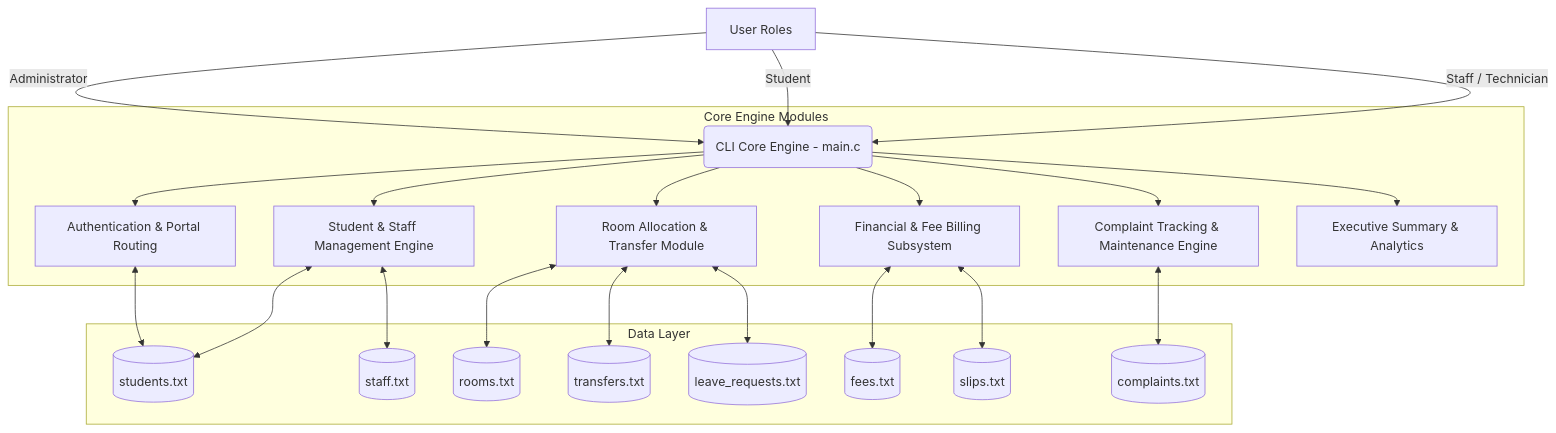
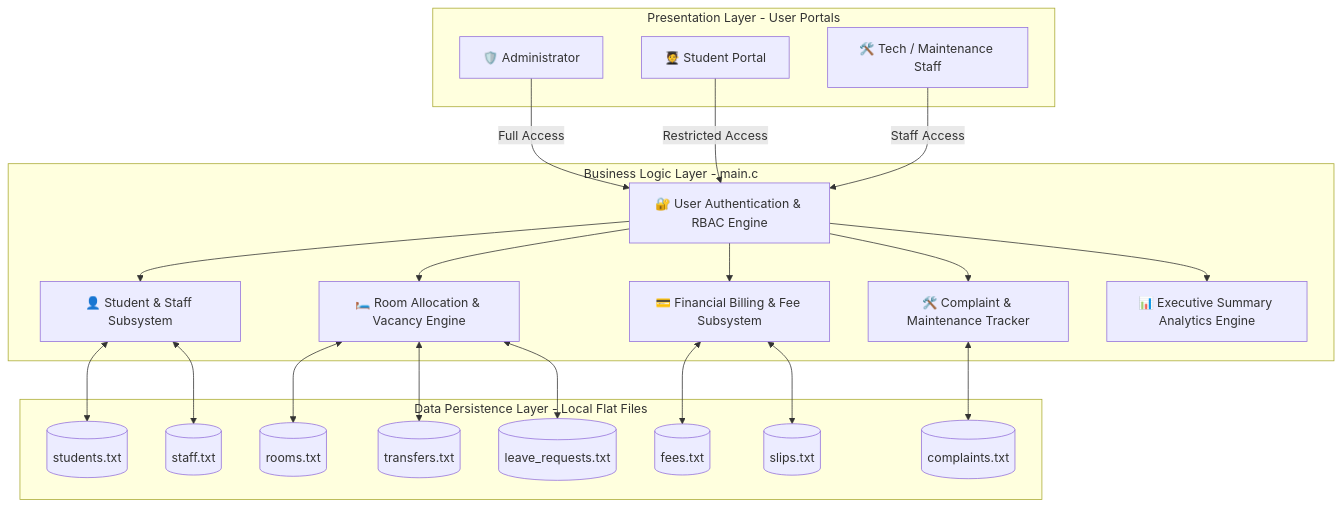
Before and after one commit to Null-Spectra/Capstone_Project_4th_Semester: the first of 2 diagrams in README.md, drawn with Mermaid. The commit also changed other lines of this file, not shown here.

````diff
--- a/README.md
+++ b/README.md
@@ -38,27 +59,39 @@
 ```mermaid
 graph TD
-    A[User Roles] -->|Administrator| B(CLI Core Engine - main.c)
-    A -->|Student| B
-    A -->|Staff / Technician| B
-
-    subgraph Core Engine Modules
-        B --> C[Authentication & Portal Routing]
-        B --> D[Student & Staff Management Engine]
-        B --> E[Room Allocation & Transfer Module]
-        B --> F[Financial & Fee Billing Subsystem]
-        B --> G[Complaint Tracking & Maintenance Engine]
-        B --> H[Executive Summary & Analytics]
+    subgraph Presentation Layer - User Portals
+        U1[🛡️ Administrator]
+        U2[🧑‍🎓 Student Portal]
+        U3[🛠️ Tech / Maintenance Staff]
     end
 
-    subgraph Data Layer
-        C <--> I[(students.txt)]
-        D <--> I
-        E <--> J[(rooms.txt)]
-        E <--> K[(transfers.txt)]
-        F <--> L[(fees.txt)]
-        F <--> M[(slips.txt)]
-        G <--> N[(complaints.txt)]
-        E <--> O[(leave_requests.txt)]
-        D <--> P[(staff.txt)]
+    subgraph Business Logic Layer - main.c
+        AUTH[🔐 User Authentication & RBAC Engine]
+        STUD[👤 Student & Staff Subsystem]
+        ROOM[🛏️ Room Allocation & Vacancy Engine]
+        FEE[💳 Financial Billing & Fee Subsystem]
+        COMP[🛠️ Complaint & Maintenance Tracker]
+        RPT[📊 Executive Summary Analytics Engine]
     end
+
+    subgraph Data Persistence Layer - Local Flat Files
+        DB1[(students.txt)]
+        DB2[(rooms.txt)]
+        DB3[(fees.txt)]
+        DB4[(complaints.txt)]
+        DB5[(transfers.txt)]
+        DB6[(slips.txt)]
+        DB7[(leave_requests.txt)]
+        DB8[(staff.txt)]
+    end
+
+    U1 -->|Full Access| AUTH
+    U2 -->|Restricted Access| AUTH
+    U3 -->|Staff Access| AUTH
+
+    AUTH --> STUD & ROOM & FEE & COMP & RPT
+
+    STUD <--> DB1 & DB8
+    ROOM <--> DB2 & DB5 & DB7
+    FEE <--> DB3 & DB6
+    COMP <--> DB4
 ```
````
